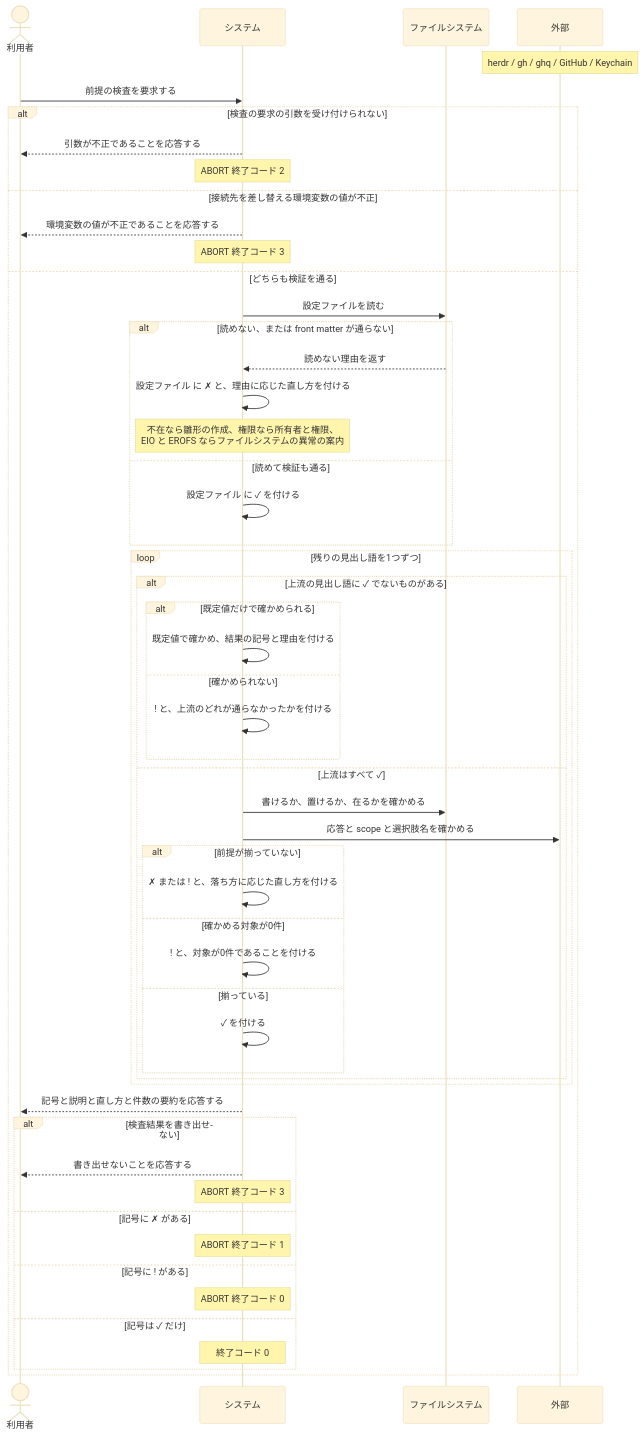
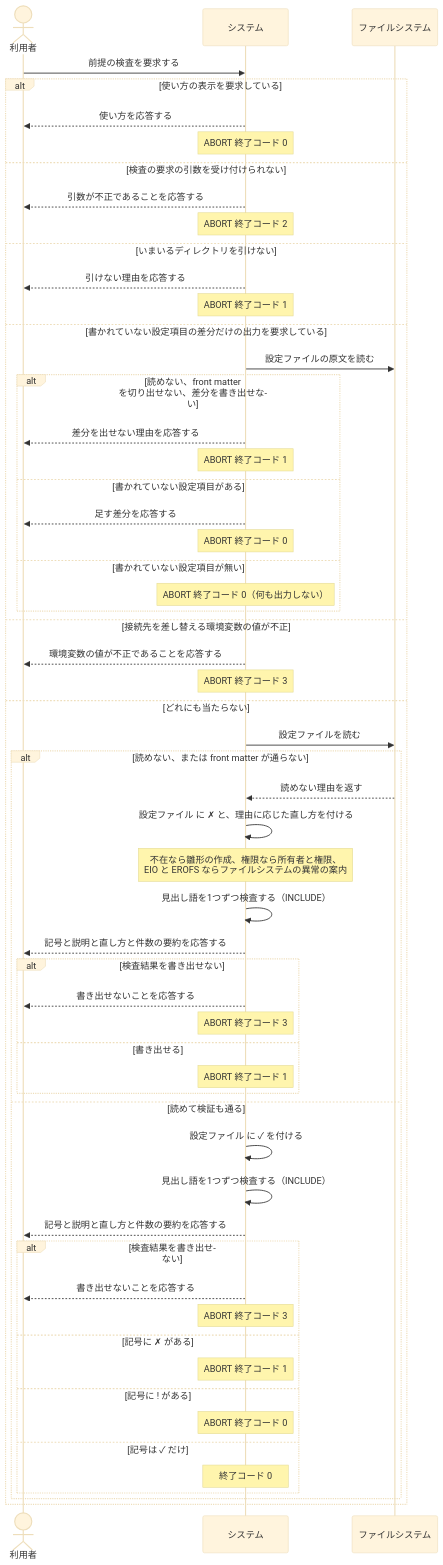
One commit to maimuzo/continuo changed the second of 2 diagrams in docs/spec/usecases/particular_case/前提が揃っているかを検査する.rucm.md. Above: the diagram before and after it, drawn with Mermaid (base theme). The commit also changed other lines of this file and 22 other files, not shown here.

````diff
--- a/docs/spec/usecases/particular_case/前提が揃っているかを検査する.rucm.md
+++ b/docs/spec/usecases/particular_case/前提が揃っているかを検査する.rucm.md
@@ -329,60 +367,62 @@
 ```mermaid
 sequenceDiagram
     actor 利用者
     participant システム
     participant ファイルシステム
-    participant 外部
-
-    Note over 外部: herdr / gh / ghq / GitHub / Keychain
 
     利用者->>システム: 前提の検査を要求する
 
-    alt 検査の要求の引数を受け付けられない
+    alt 使い方の表示を要求している
+        システム-->>利用者: 使い方を応答する
+        Note over システム: ABORT 終了コード 0
+    else 検査の要求の引数を受け付けられない
         システム-->>利用者: 引数が不正であることを応答する
         Note over システム: ABORT 終了コード 2
+    else いまいるディレクトリを引けない
+        システム-->>利用者: 引けない理由を応答する
+        Note over システム: ABORT 終了コード 1
+    else 書かれていない設定項目の差分だけの出力を要求している
+        システム->>ファイルシステム: 設定ファイルの原文を読む
+        alt 読めない、front matter を切り出せない、差分を書き出せない
+            システム-->>利用者: 差分を出せない理由を応答する
+            Note over システム: ABORT 終了コード 1
+        else 書かれていない設定項目がある
+            システム-->>利用者: 足す差分を応答する
+            Note over システム: ABORT 終了コード 0
+        else 書かれていない設定項目が無い
+            Note over システム: ABORT 終了コード 0（何も出力しない）
+        end
     else 接続先を差し替える環境変数の値が不正
         システム-->>利用者: 環境変数の値が不正であることを応答する
         Note over システム: ABORT 終了コード 3
-    else どちらも検証を通る
+    else どれにも当たらない
         システム->>ファイルシステム: 設定ファイルを読む
         alt 読めない、または front matter が通らない
             ファイルシステム-->>システム: 読めない理由を返す
             システム->>システム: 設定ファイル に ✗ と、理由に応じた直し方を付ける
             Note over システム: 不在なら雛形の作成、権限なら所有者と権限、<br/>EIO と EROFS ならファイルシステムの異常の案内
+            システム->>システム: 見出し語を1つずつ検査する（INCLUDE）
+            システム-->>利用者: 記号と説明と直し方と件数の要約を応答する
+            alt 検査結果を書き出せない
+                システム-->>利用者: 書き出せないことを応答する
+                Note over システム: ABORT 終了コード 3
+            else 書き出せる
+                Note over システム: ABORT 終了コード 1
+            end
         else 読めて検証も通る
             システム->>システム: 設定ファイル に ✓ を付ける
-        end
-
-        loop 残りの見出し語を1つずつ
-            alt 上流の見出し語に ✓ でないものがある
-                alt 既定値だけで確かめられる
-                    システム->>システム: 既定値で確かめ、結果の記号と理由を付ける
-                else 確かめられない
-                    システム->>システム: ! と、上流のどれが通らなかったかを付ける
-                end
-            else 上流はすべて ✓
-                システム->>ファイルシステム: 書けるか、置けるか、在るかを確かめる
-                システム->>外部: 応答と scope と選択肢名を確かめる
-                alt 前提が揃っていない
-                    システム->>システム: ✗ または ! と、落ち方に応じた直し方を付ける
-                else 確かめる対象が0件
-                    システム->>システム: ! と、対象が0件であることを付ける
-                else 揃っている
-                    システム->>システム: ✓ を付ける
-                end
+            システム->>システム: 見出し語を1つずつ検査する（INCLUDE）
+            システム-->>利用者: 記号と説明と直し方と件数の要約を応答する
+            alt 検査結果を書き出せない
+                システム-->>利用者: 書き出せないことを応答する
+                Note over システム: ABORT 終了コード 3
+            else 記号に ✗ がある
+                Note over システム: ABORT 終了コード 1
+            else 記号に ! がある
+                Note over システム: ABORT 終了コード 0
+            else 記号は ✓ だけ
+                Note over システム: 終了コード 0
             end
-        end
-
-        システム-->>利用者: 記号と説明と直し方と件数の要約を応答する
-        alt 検査結果を書き出せない
-            システム-->>利用者: 書き出せないことを応答する
-            Note over システム: ABORT 終了コード 3
-        else 記号に ✗ がある
-            Note over システム: ABORT 終了コード 1
-        else 記号に ! がある
-            Note over システム: ABORT 終了コード 0
-        else 記号は ✓ だけ
-            Note over システム: 終了コード 0
         end
     end
 ```
````
